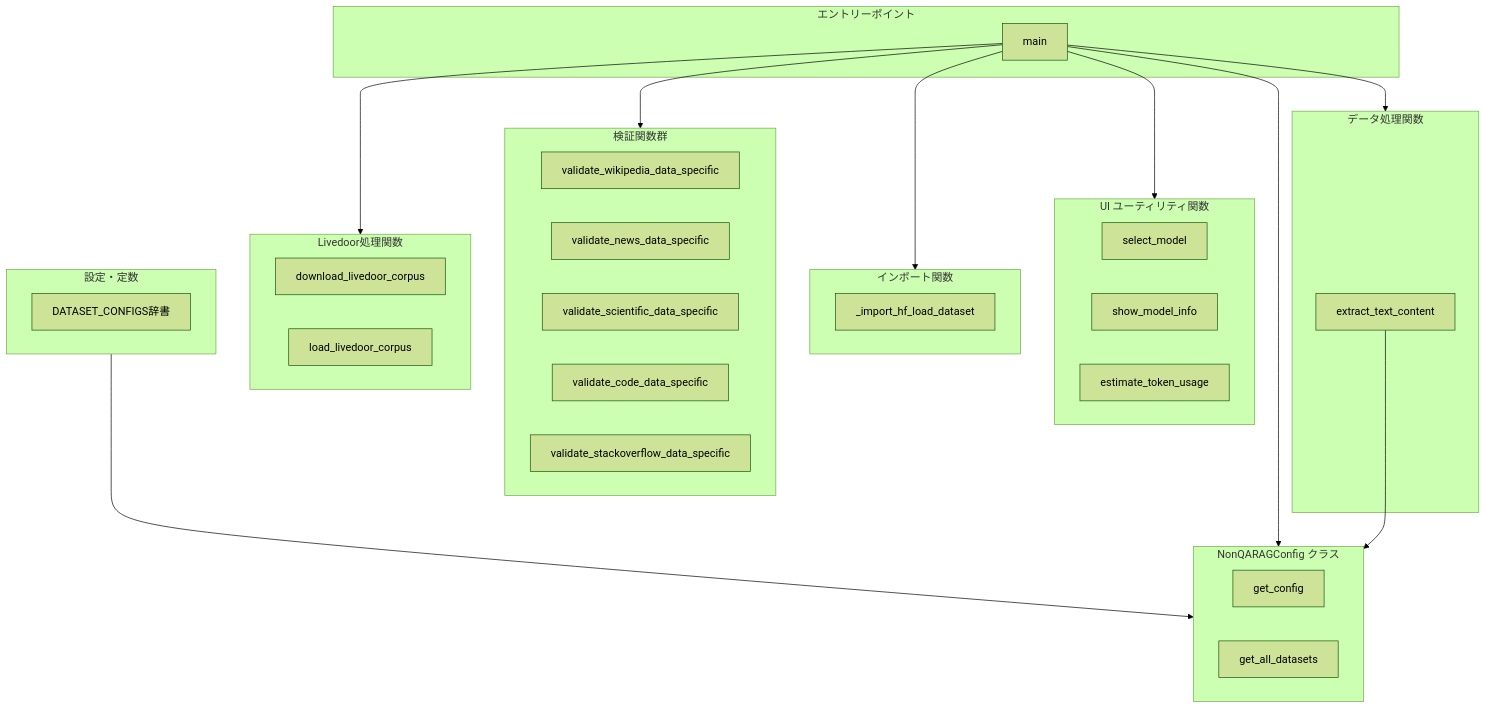
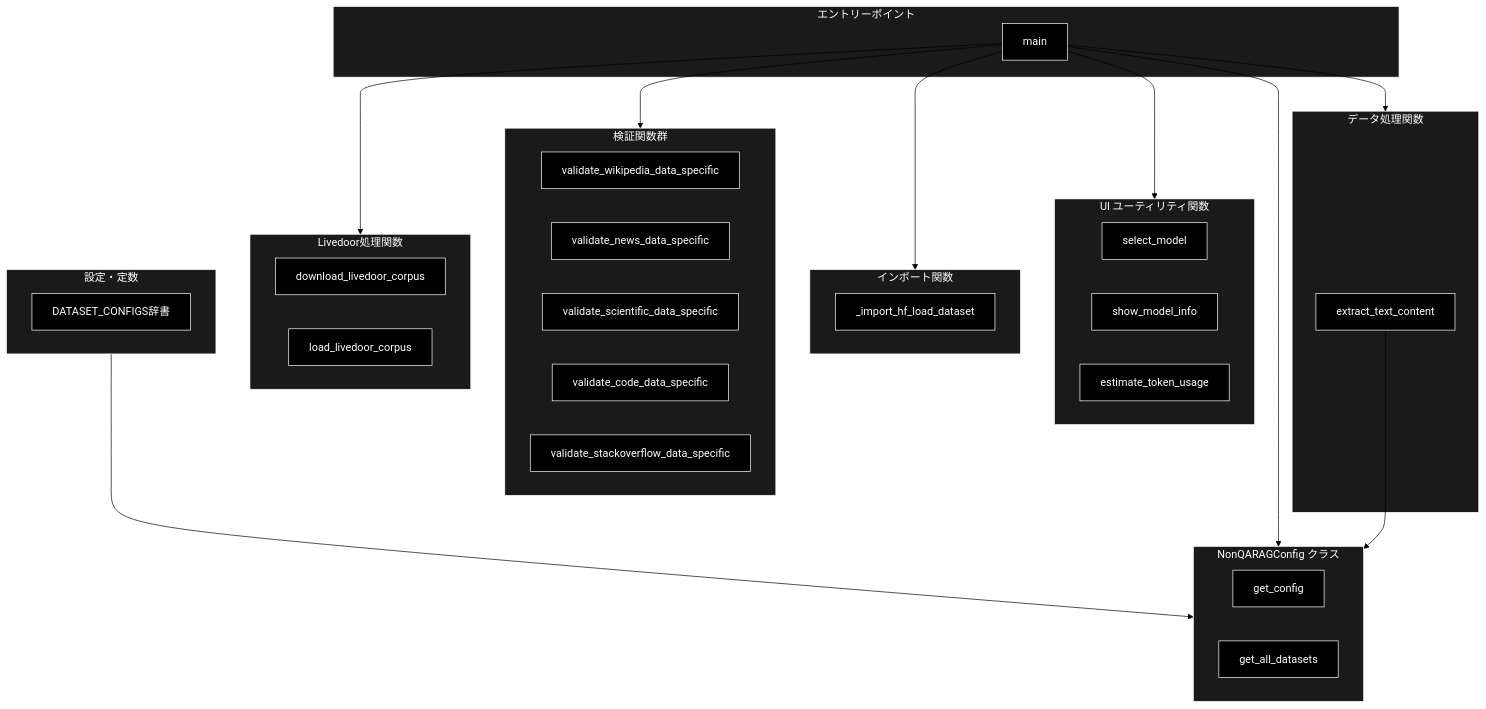
Before and after one commit to nakashima2toshio/anthropic_grace_agent_v2: the second of 3 diagrams in down_load_non_qa_rag_data_from_huggingface.md, drawn with Mermaid (forest theme). The commit also changed other lines of this file and 9 other files, not shown here.

````diff
--- a/down_load_non_qa_rag_data_from_huggingface.md
+++ b/down_load_non_qa_rag_data_from_huggingface.md
@@ -126,51 +133,62 @@
 ```mermaid
 flowchart TB
     subgraph CONST["設定・定数"]
-        DATASET_CONFIGS[DATASET_CONFIGS辞書]
+        DATASET_CONFIGS["DATASET_CONFIGS辞書"]
     end
 
     subgraph NONQA["NonQARAGConfig クラス"]
-        GET_CFG[get_config]
-        GET_ALL[get_all_datasets]
+        GET_CFG["get_config"]
+        GET_ALL["get_all_datasets"]
     end
 
     subgraph UI_UTIL["UI ユーティリティ関数"]
-        SEL_MODEL[select_model]
-        SHOW_INFO[show_model_info]
-        EST_TOKEN[estimate_token_usage]
+        SEL_MODEL["select_model"]
+        SHOW_INFO["show_model_info"]
+        EST_TOKEN["estimate_token_usage"]
     end
 
     subgraph IMPORT_FN["インポート関数"]
         IMPORT_HF["_import_hf_load_dataset"]
     end
 
     subgraph VALIDATE["検証関数群"]
-        V_WIKI[validate_wikipedia_data_specific]
-        V_NEWS[validate_news_data_specific]
-        V_SCI[validate_scientific_data_specific]
-        V_CODE[validate_code_data_specific]
-        V_SO[validate_stackoverflow_data_specific]
+        V_WIKI["validate_wikipedia_data_specific"]
+        V_NEWS["validate_news_data_specific"]
+        V_SCI["validate_scientific_data_specific"]
+        V_CODE["validate_code_data_specific"]
+        V_SO["validate_stackoverflow_data_specific"]
     end
 
     subgraph LIVEDOOR["Livedoor処理関数"]
-        DL_LIVE[download_livedoor_corpus]
-        LD_LIVE[load_livedoor_corpus]
+        DL_LIVE["download_livedoor_corpus"]
+        LD_LIVE["load_livedoor_corpus"]
     end
 
     subgraph PROCESS["データ処理関数"]
-        EXTRACT[extract_text_content]
+        EXTRACT["extract_text_content"]
     end
 
     subgraph ENTRY["エントリーポイント"]
-        MAIN_FN[main]
+        MAIN_FN["main"]
     end
 
     CONST --> NONQA
     MAIN_FN --> NONQA
     MAIN_FN --> UI_UTIL
     MAIN_FN --> IMPORT_FN
     MAIN_FN --> VALIDATE
     MAIN_FN --> LIVEDOOR
     MAIN_FN --> PROCESS
     EXTRACT --> NONQA
+classDef default fill:#000,stroke:#fff,color:#fff
+classDef subgraphStyle fill:#1a1a1a,stroke:#fff,color:#fff
+class DATASET_CONFIGS,GET_CFG,GET_ALL,SEL_MODEL,SHOW_INFO,EST_TOKEN,IMPORT_HF,V_WIKI,V_NEWS,V_SCI,V_CODE,V_SO,DL_LIVE,LD_LIVE,EXTRACT,MAIN_FN default
+style CONST fill:#1a1a1a,stroke:#fff,color:#fff
+style NONQA fill:#1a1a1a,stroke:#fff,color:#fff
+style UI_UTIL fill:#1a1a1a,stroke:#fff,color:#fff
+style IMPORT_FN fill:#1a1a1a,stroke:#fff,color:#fff
+style VALIDATE fill:#1a1a1a,stroke:#fff,color:#fff
+style LIVEDOOR fill:#1a1a1a,stroke:#fff,color:#fff
+style PROCESS fill:#1a1a1a,stroke:#fff,color:#fff
+style ENTRY fill:#1a1a1a,stroke:#fff,color:#fff
 ```
````
